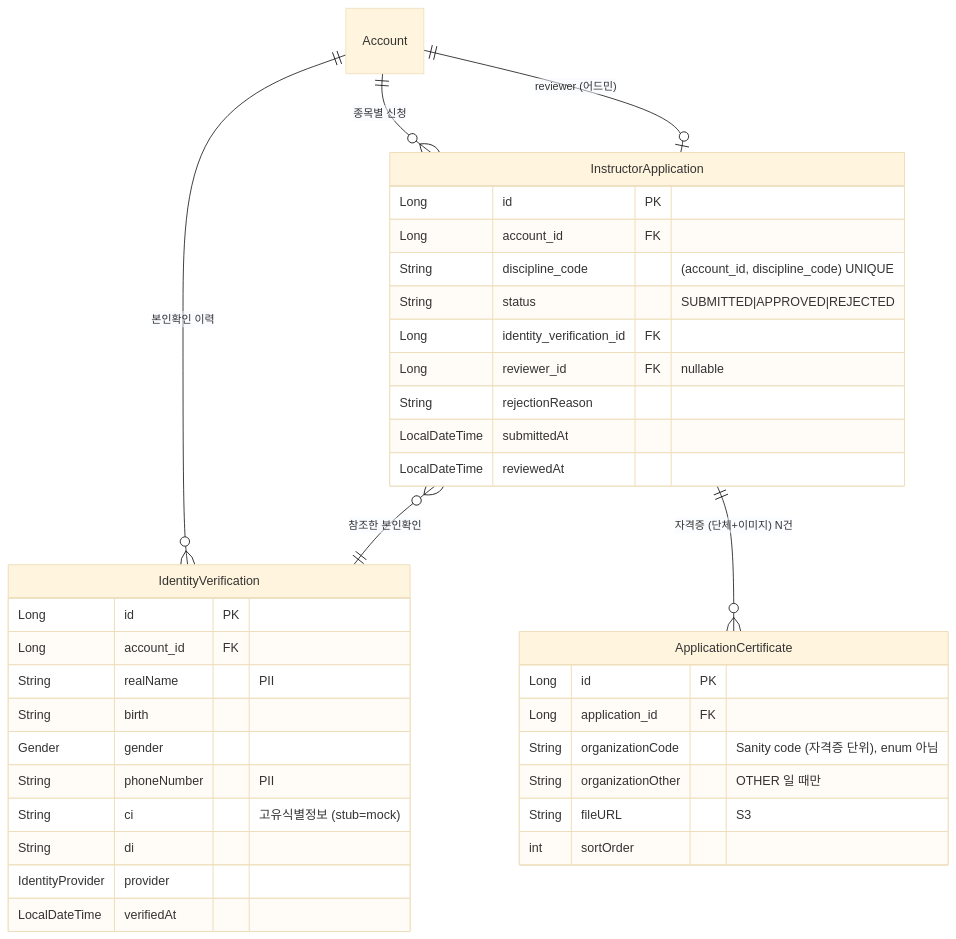
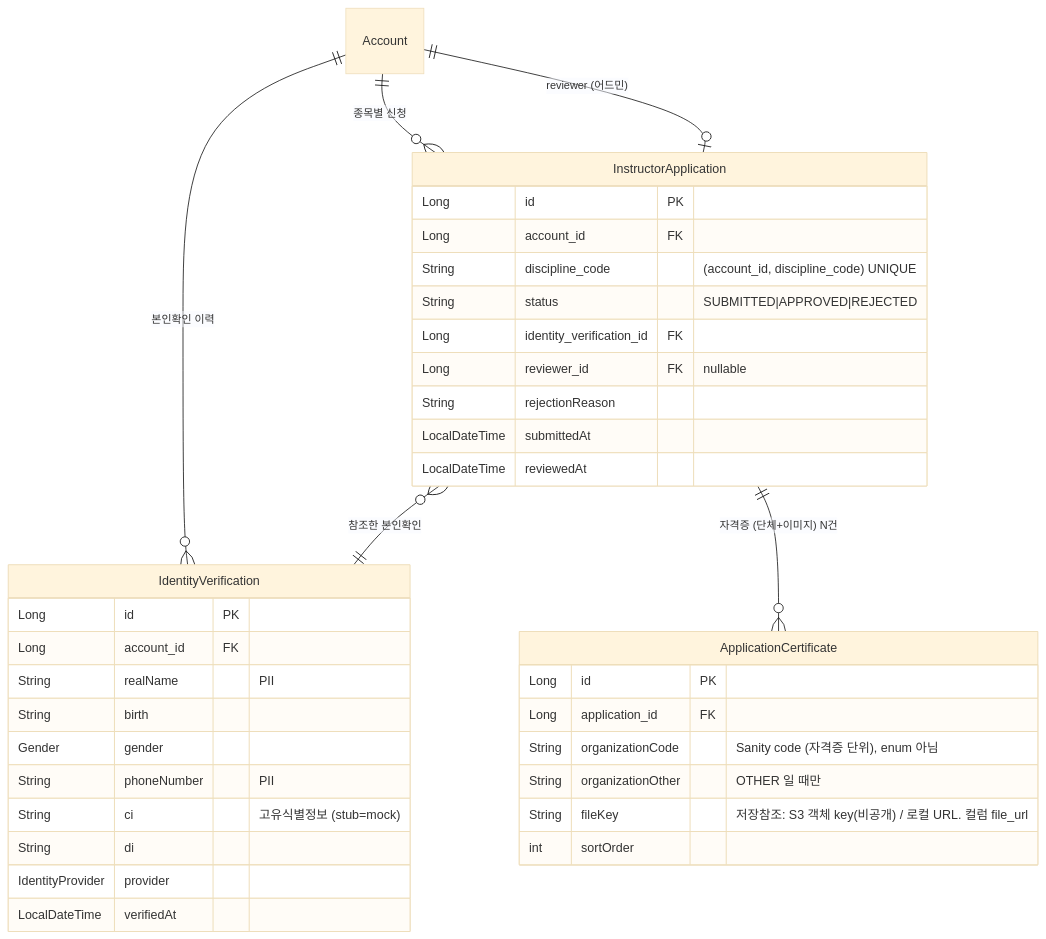
The fourth of 4 diagrams in docs/architecture/instructor-application.md (pungdong/Pungdong-Backend), drawn with Mermaid (base theme) before and after one commit. The commit also changed other lines of this file and 1 other file, not shown here.

First line of the commit message:
Docs: 자격증 이미지 비공개+presigned 반영 (도메인·피처 문서)

````diff
--- a/docs/architecture/instructor-application.md
+++ b/docs/architecture/instructor-application.md
@@ -135,40 +139,40 @@
 ```mermaid
 erDiagram
     Account ||--o{ InstructorApplication : "종목별 신청"
     Account ||--o{ IdentityVerification : "본인확인 이력"
     InstructorApplication }o--|| IdentityVerification : "참조한 본인확인"
     InstructorApplication ||--o{ ApplicationCertificate : "자격증 (단체+이미지) N건"
     Account ||--o| InstructorApplication : "reviewer (어드민)"
 
     InstructorApplication {
         Long id PK
         Long account_id FK
         String discipline_code "(account_id, discipline_code) UNIQUE"
         String status "SUBMITTED|APPROVED|REJECTED"
         Long identity_verification_id FK
         Long reviewer_id FK "nullable"
         String rejectionReason
         LocalDateTime submittedAt
         LocalDateTime reviewedAt
     }
     ApplicationCertificate {
         Long id PK
         Long application_id FK
         String organizationCode "Sanity code (자격증 단위), enum 아님"
         String organizationOther "OTHER 일 때만"
-        String fileURL "S3"
+        String fileKey "저장참조: S3 객체 key(비공개) / 로컬 URL. 컬럼 file_url"
         int sortOrder
     }
     IdentityVerification {
         Long id PK
         Long account_id FK
         String realName "PII"
         String birth
         Gender gender
         String phoneNumber "PII"
         String ci "고유식별정보 (stub=mock)"
         String di
         IdentityProvider provider
         LocalDateTime verifiedAt
     }
 ```
````
